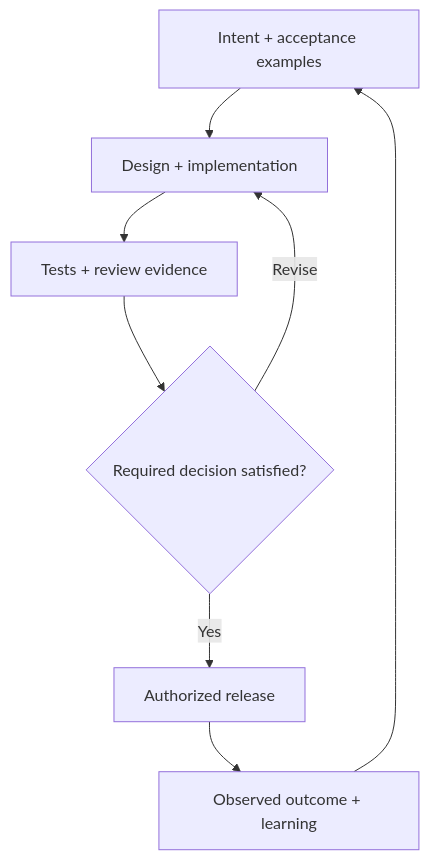
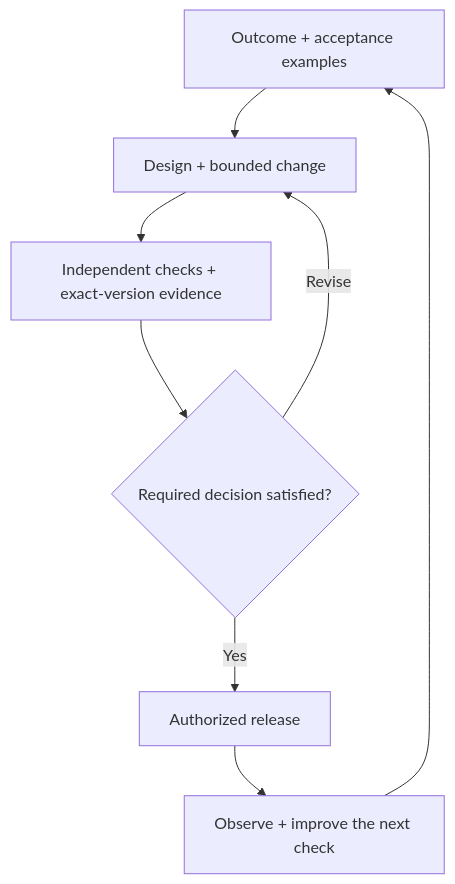
Before and after one commit to vishal8shah/ai-native-sdlc-skills: the diagram in README.md, drawn with Mermaid. The commit also changed other lines of this file and 25 other files, not shown here.

````diff
--- a/README.md
+++ b/README.md
@@ -19,10 +57,10 @@
 ```mermaid
 flowchart TD
-  A["Intent + acceptance examples"] --> B["Design + implementation"]
-  B --> C["Tests + review evidence"]
-  C --> D{"Required decision satisfied?"}
-  D -- "Revise" --> B
-  D -- "Yes" --> E["Authorized release"]
-  E --> F["Observed outcome + learning"]
-  F --> A
+    A["Outcome + acceptance examples"] --> B["Design + bounded change"]
+    B --> C["Independent checks + exact-version evidence"]
+    C --> D{"Required decision satisfied?"}
+    D -- "Revise" --> B
+    D -- "Yes" --> E["Authorized release"]
+    E --> F["Observe + improve the next check"]
+    F --> A
 ```
````
